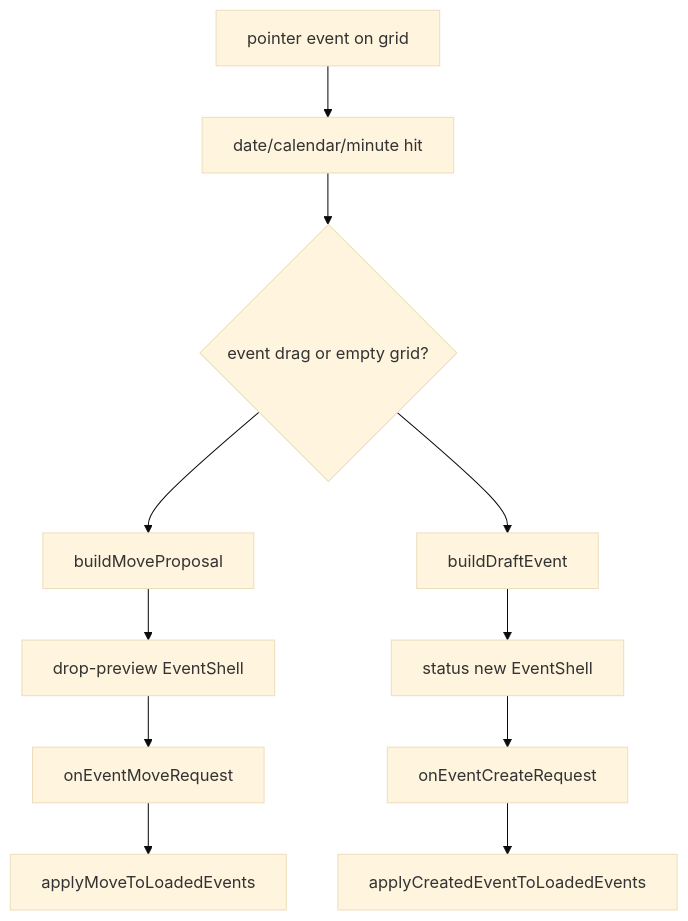
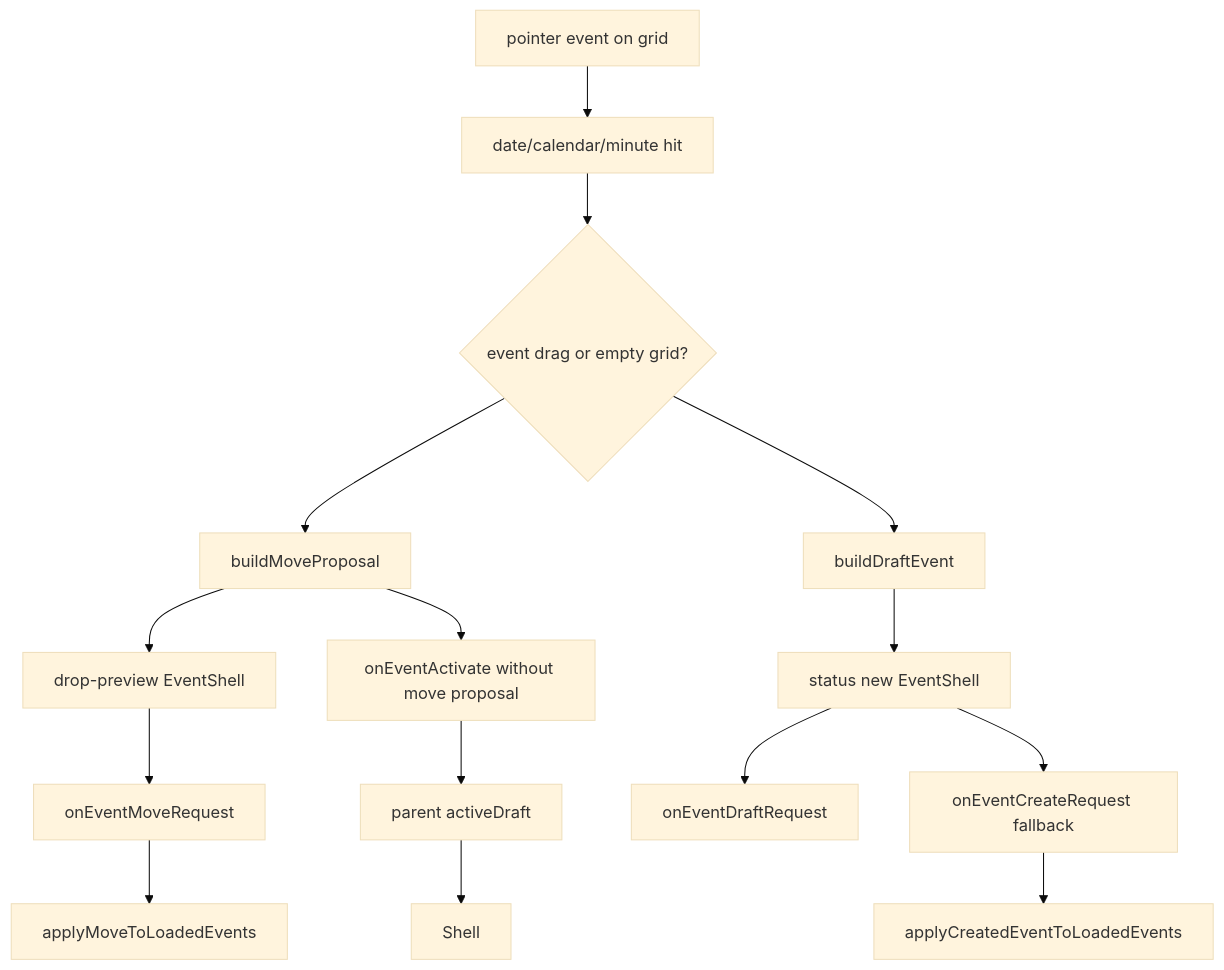
One commit to junomedical/quno-calendar changed the fifth of 5 diagrams in docs/architecture.md. Above: the diagram before and after it, drawn with Mermaid (base theme). The commit also changed other lines of this file and 33 other files, not shown here.

````diff
--- a/docs/architecture.md
+++ b/docs/architecture.md
@@ -164,13 +174,17 @@
 ```mermaid
 flowchart TD
   Pointer["pointer event on grid"] --> Hit["date/calendar/minute hit"]
   Hit --> Mode{"event drag or empty grid?"}
   Mode --> Move["buildMoveProposal"]
   Mode --> Draft["buildDraftEvent"]
   Move --> Preview["drop-preview EventShell"]
   Preview --> Validate["onEventMoveRequest"]
   Validate --> Commit["applyMoveToLoadedEvents"]
   Draft --> NewShell["status new EventShell"]
-  NewShell --> Create["onEventCreateRequest"]
+  NewShell --> DraftRequest["onEventDraftRequest"]
+  NewShell --> Create["onEventCreateRequest fallback"]
   Create --> Insert["applyCreatedEventToLoadedEvents"]
+  Move --> Activate["onEventActivate without move proposal"]
+  Activate --> ActiveDraft["parent activeDraft"]
+  ActiveDraft --> Shell
 ```
````
